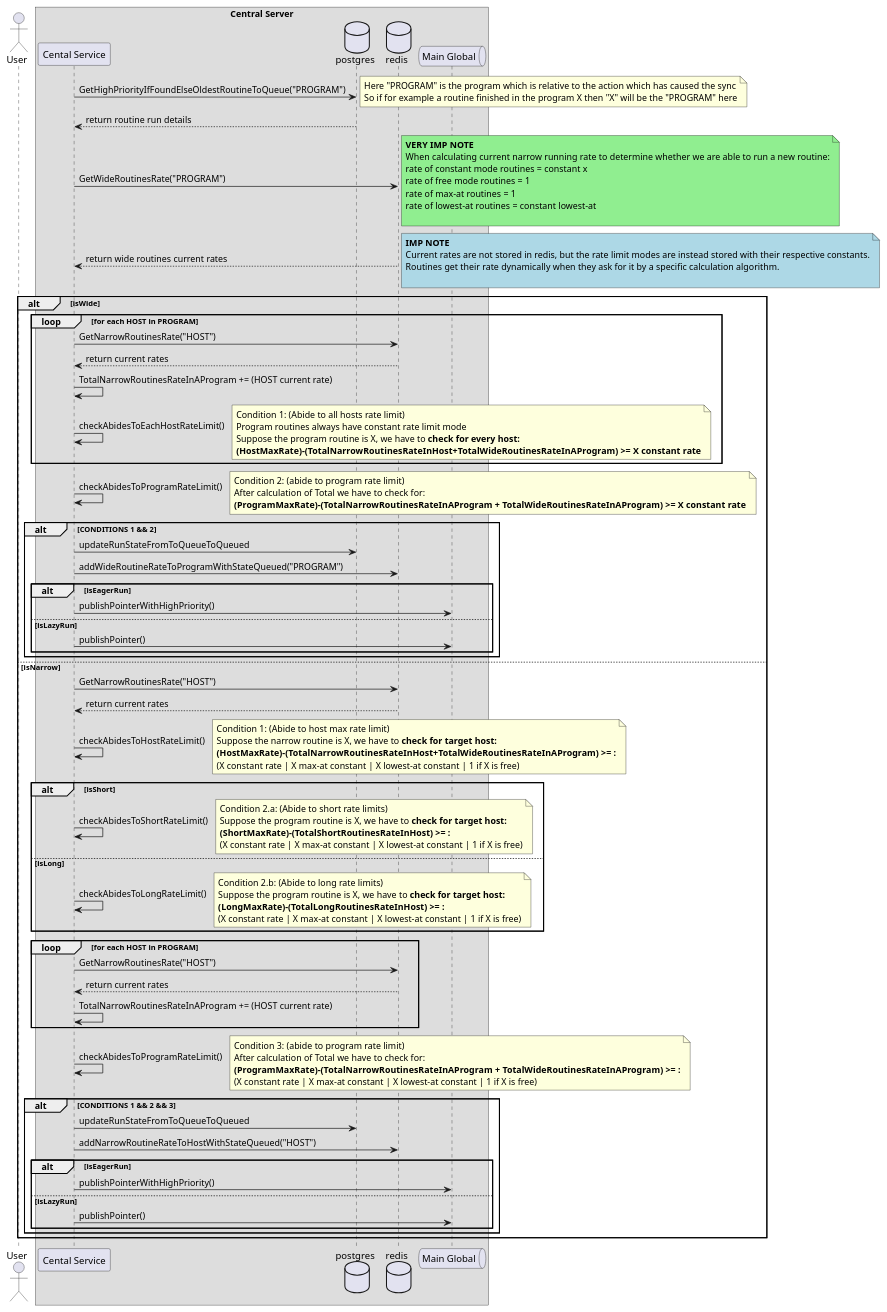
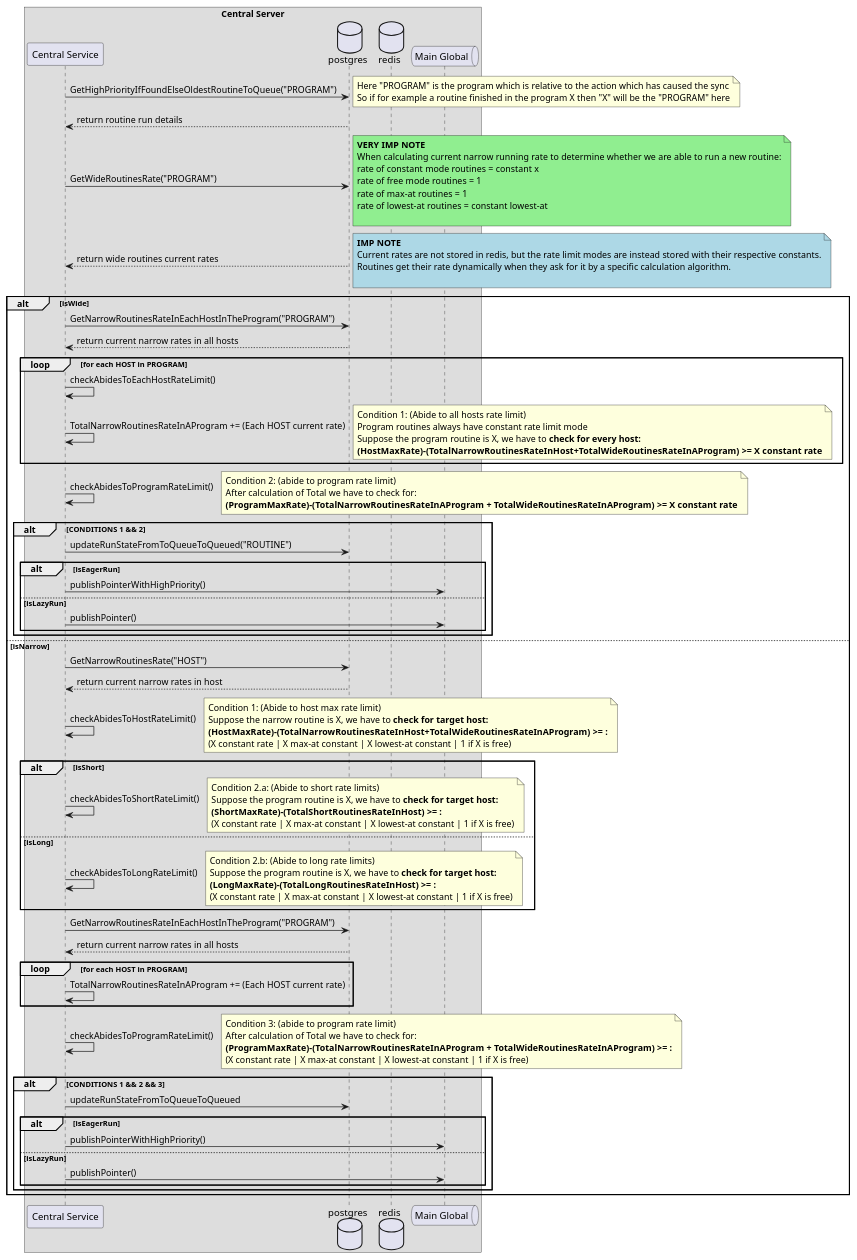
One commit to anovimous/automata changed the diagram in plan/HLD/sequence-diagrams/program-sync-http-run-operations.puml. Above: the diagram before and after it, drawn with PlantUML. The commit also changed 1 other file, not shown here.

Commit message:
docs(routine-run-management): migrated from redis to postgres for storage of queued and running routine run rates and states

```diff
--- a/plan/HLD/sequence-diagrams/program-sync-http-run-operations.puml
+++ b/plan/HLD/sequence-diagrams/program-sync-http-run-operations.puml
@@ -2,122 +2,119 @@
 @startuml
-actor "User" as user
 box "Central Server"
-participant "Cental Service" as api
+participant "Central Service" as api
 database postgres
 database redis
 queue "Main Global" as mainq
 end box
 
 
 
 api -> postgres : GetHighPriorityIfFoundElseOldestRoutineToQueue("PROGRAM")
 note right
 Here "PROGRAM" is the program which is relative to the action which has caused the sync
 So if for example a routine finished in the program X then "X" will be the "PROGRAM" here
 end note
 postgres --> api: return routine run details
 
-api -> redis : GetWideRoutinesRate("PROGRAM")
+api -> postgres : GetWideRoutinesRate("PROGRAM")
 note right #LightGreen
 <b>VERY IMP NOTE
 When calculating current narrow running rate to determine whether we are able to run a new routine:
 rate of constant mode routines = constant x
 rate of free mode routines = 1
 rate of max-at routines = 1
 rate of lowest-at routines = constant lowest-at
 
 end note
-redis --> api : return wide routines current rates
+postgres --> api : return wide routines current rates
 note right #LightBlue
 <b>IMP NOTE
 Current rates are not stored in redis, but the rate limit modes are instead stored with their respective constants.
 Routines get their rate dynamically when they ask for it by a specific calculation algorithm.
 
 end note
 alt isWide
+api -> postgres : GetNarrowRoutinesRateInEachHostInTheProgram("PROGRAM")
+
+postgres --> api : return current narrow rates in all hosts
 loop for each HOST in PROGRAM
-api -> redis : GetNarrowRoutinesRate("HOST")
-
-redis --> api : return current rates
-api -> api: TotalNarrowRoutinesRateInAProgram += (HOST current rate)
 api -> api : checkAbidesToEachHostRateLimit()
+api -> api: TotalNarrowRoutinesRateInAProgram += (Each HOST current rate)
 note right
 Condition 1: (Abide to all hosts rate limit)
 Program routines always have constant rate limit mode
 Suppose the program routine is X, we have to <b>check for every host:
 <b>(HostMaxRate)-(TotalNarrowRoutinesRateInHost+TotalWideRoutinesRateInAProgram) >= X constant rate
 end note
 end
 api -> api : checkAbidesToProgramRateLimit()
 note right
 Condition 2: (abide to program rate limit)
 After calculation of Total we have to check for:
 <b>(ProgramMaxRate)-(TotalNarrowRoutinesRateInAProgram + TotalWideRoutinesRateInAProgram) >= X constant rate
 end note
 
 alt CONDITIONS 1 && 2
-api -> postgres: updateRunStateFromToQueueToQueued
-api -> redis : addWideRoutineRateToProgramWithStateQueued("PROGRAM")
+api -> postgres: updateRunStateFromToQueueToQueued("ROUTINE")
 alt isEagerRun
 api -> mainq: publishPointerWithHighPriority()
 else isLazyRun
 api -> mainq: publishPointer()
 end
 
 end
 else isNarrow
-api -> redis : GetNarrowRoutinesRate("HOST")
+api -> postgres : GetNarrowRoutinesRate("HOST")
 
-redis --> api : return current rates
+postgres --> api : return current narrow rates in host
 
 api -> api : checkAbidesToHostRateLimit()
 note right
 Condition 1: (Abide to host max rate limit)
 Suppose the narrow routine is X, we have to <b>check for target host:
 <b>(HostMaxRate)-(TotalNarrowRoutinesRateInHost+TotalWideRoutinesRateInAProgram) >= :
 (X constant rate | X max-at constant | X lowest-at constant | 1 if X is free)
 end note
 alt isShort
 api -> api : checkAbidesToShortRateLimit()
 note right
 Condition 2.a: (Abide to short rate limits)
 Suppose the program routine is X, we have to <b>check for target host:
 <b>(ShortMaxRate)-(TotalShortRoutinesRateInHost) >= :
 (X constant rate | X max-at constant | X lowest-at constant | 1 if X is free)
 end note
 else isLong
 api -> api : checkAbidesToLongRateLimit()
 note right
 Condition 2.b: (Abide to long rate limits)
 Suppose the program routine is X, we have to <b>check for target host:
 <b>(LongMaxRate)-(TotalLongRoutinesRateInHost) >= :
 (X constant rate | X max-at constant | X lowest-at constant | 1 if X is free)
 end note
 end
+api -> postgres : GetNarrowRoutinesRateInEachHostInTheProgram("PROGRAM")
+postgres --> api : return current narrow rates in all hosts
 
 loop for each HOST in PROGRAM
-api -> redis : GetNarrowRoutinesRate("HOST")
-redis --> api : return current rates
-api -> api: TotalNarrowRoutinesRateInAProgram += (HOST current rate)
+api -> api: TotalNarrowRoutinesRateInAProgram += (Each HOST current rate)
 
 end
 api -> api : checkAbidesToProgramRateLimit()
 note right
 Condition 3: (abide to program rate limit)
 After calculation of Total we have to check for:
 <b>(ProgramMaxRate)-(TotalNarrowRoutinesRateInAProgram + TotalWideRoutinesRateInAProgram) >= :
 (X constant rate | X max-at constant | X lowest-at constant | 1 if X is free)
 end note
 alt CONDITIONS 1 && 2 && 3
 
 api -> postgres: updateRunStateFromToQueueToQueued
-api -> redis : addNarrowRoutineRateToHostWithStateQueued("HOST")
 alt isEagerRun
 api -> mainq: publishPointerWithHighPriority()
 else isLazyRun
 api -> mainq: publishPointer()
 end
 end
 end
 
 @enduml
```
